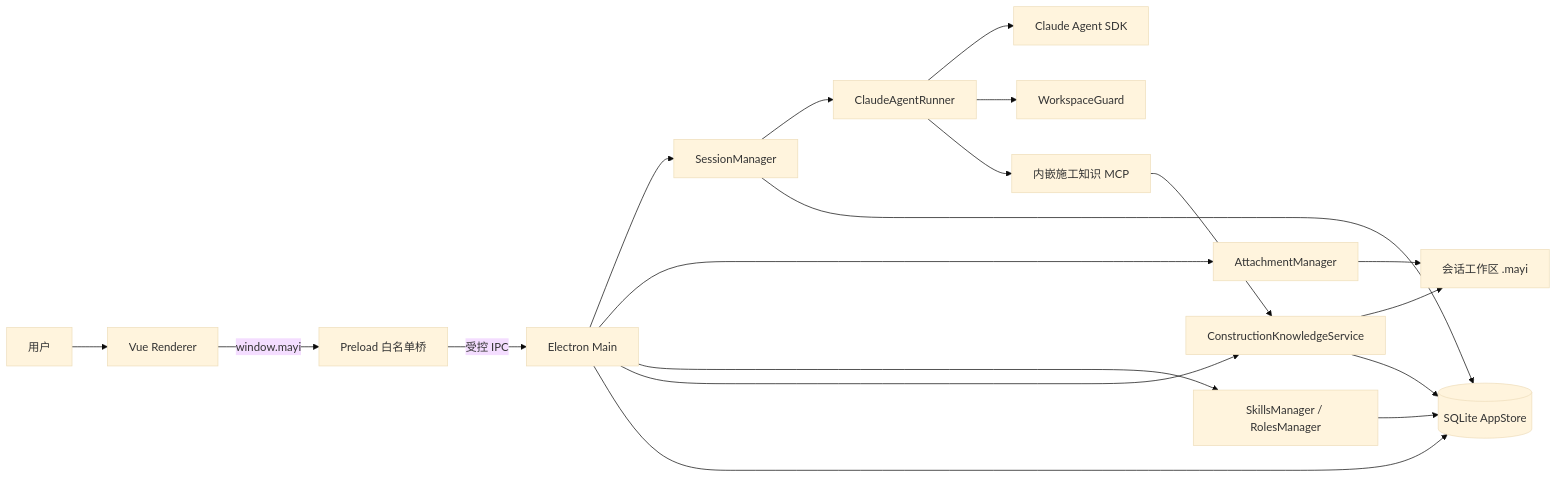
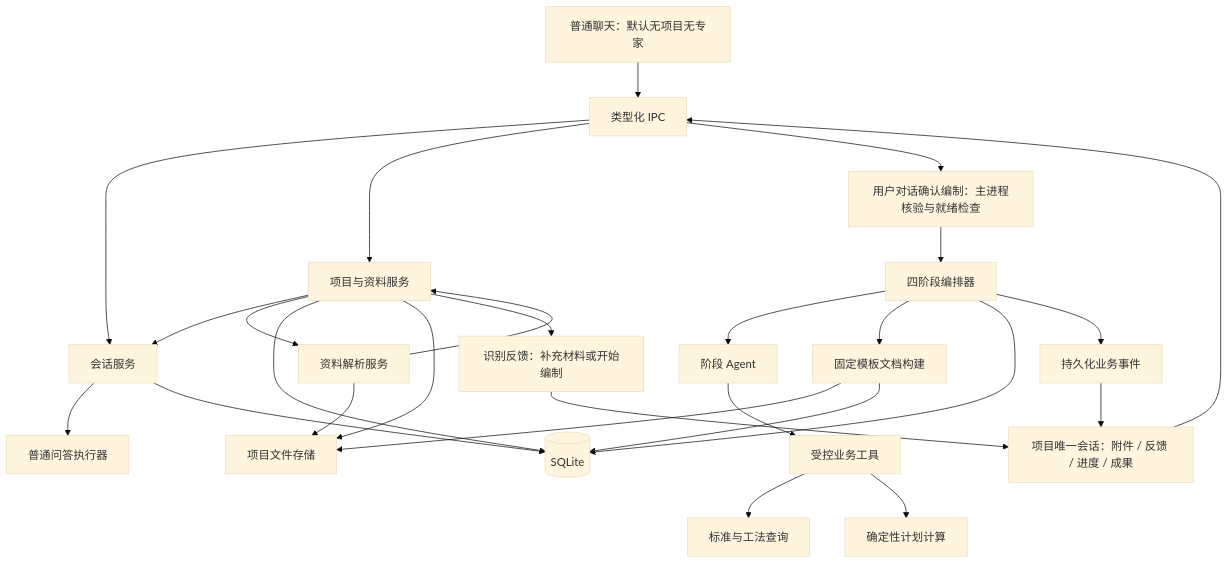
Before and after one commit to 1156405915/myapp: the diagram in mayi-agent/README.md, drawn with Mermaid (base theme). The commit also changed other lines of this file and 4594 other files, not shown here.

````diff
--- a/mayi-agent/README.md
+++ b/mayi-agent/README.md
@@ -183,24 +55,29 @@
 ```mermaid
-flowchart LR
-    U[用户] --> R[Vue Renderer]
-    R -->|window.mayi| P[Preload 白名单桥]
-    P -->|受控 IPC| M[Electron Main]
-
-    M --> SM[SessionManager]
-    M --> AM[AttachmentManager]
-    M --> SK[SkillsManager / RolesManager]
-    M --> KG[ConstructionKnowledgeService]
-    M --> DB[(SQLite AppStore)]
-
-    SM --> AR[ClaudeAgentRunner]
-    AR --> SDK[Claude Agent SDK]
-    AR --> WG[WorkspaceGuard]
-    AR --> IMCP[内嵌施工知识 MCP]
-    IMCP --> KG
-
-    AM --> WS[会话工作区 .mayi]
-    KG --> WS
-    KG --> DB
-    SM --> DB
-    SK --> DB
+flowchart TD
+    Chat[普通聊天：默认无项目无专家] --> IPC[类型化 IPC]
+    UI[项目唯一会话：附件 / 反馈 / 进度 / 成果] --> IPC
+    IPC --> Session[会话服务]
+    Session --> QA[普通问答执行器]
+    IPC --> Project[项目与资料服务]
+    Project --> Session
+    Project --> Parser[资料解析服务]
+    Parser --> Project
+    IPC --> Start[用户对话确认编制：主进程核验与就绪检查]
+    Start --> Workflow[四阶段编排器]
+    Project --> DB[(SQLite)]
+    Project --> Files[项目文件存储]
+    Session --> DB
+    Project --> Feedback[识别反馈：补充材料或开始编制]
+    Feedback --> UI
+    Workflow --> Agent[阶段 Agent]
+    Agent --> Tools[受控业务工具]
+    Tools --> Knowledge[标准与工法查询]
+    Tools --> Compute[确定性计划计算]
+    Workflow --> Renderer[固定模板文档构建]
+    Parser --> Files
+    Workflow --> DB
+    Renderer --> Files
+    Renderer --> DB
+    Workflow --> Events[持久化业务事件]
+    Events --> UI
 ```
````
